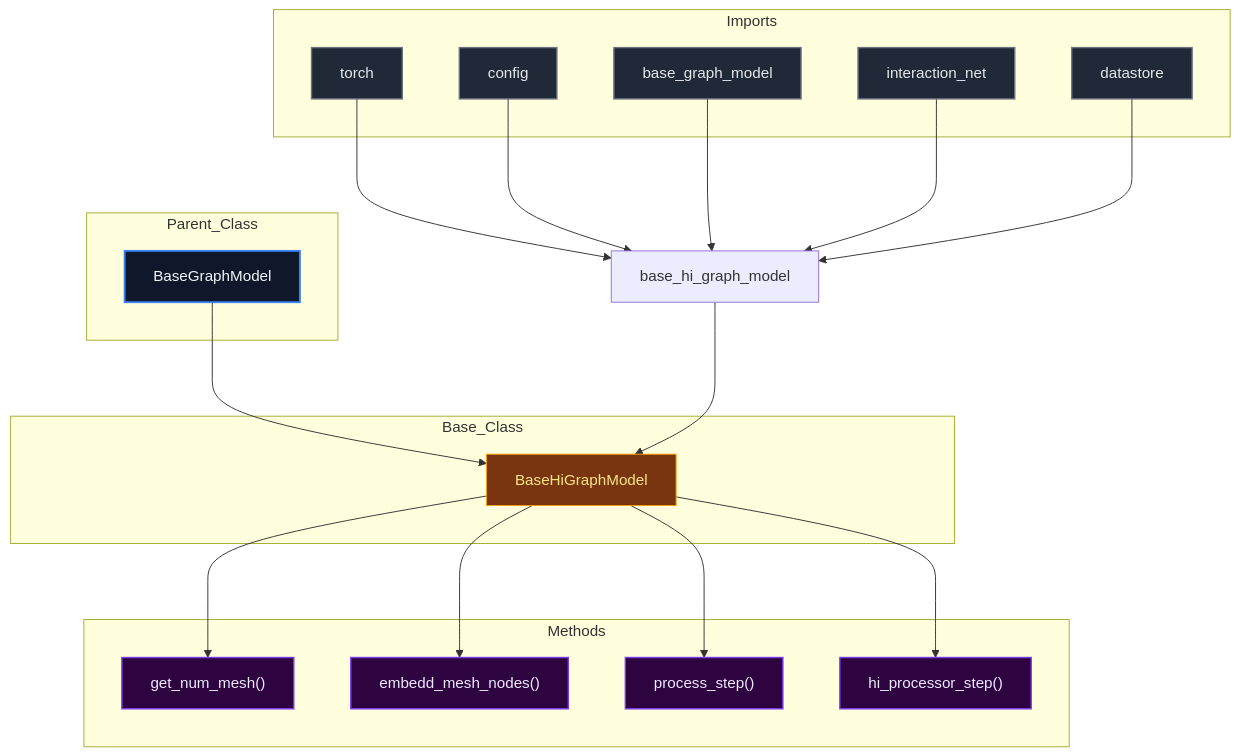
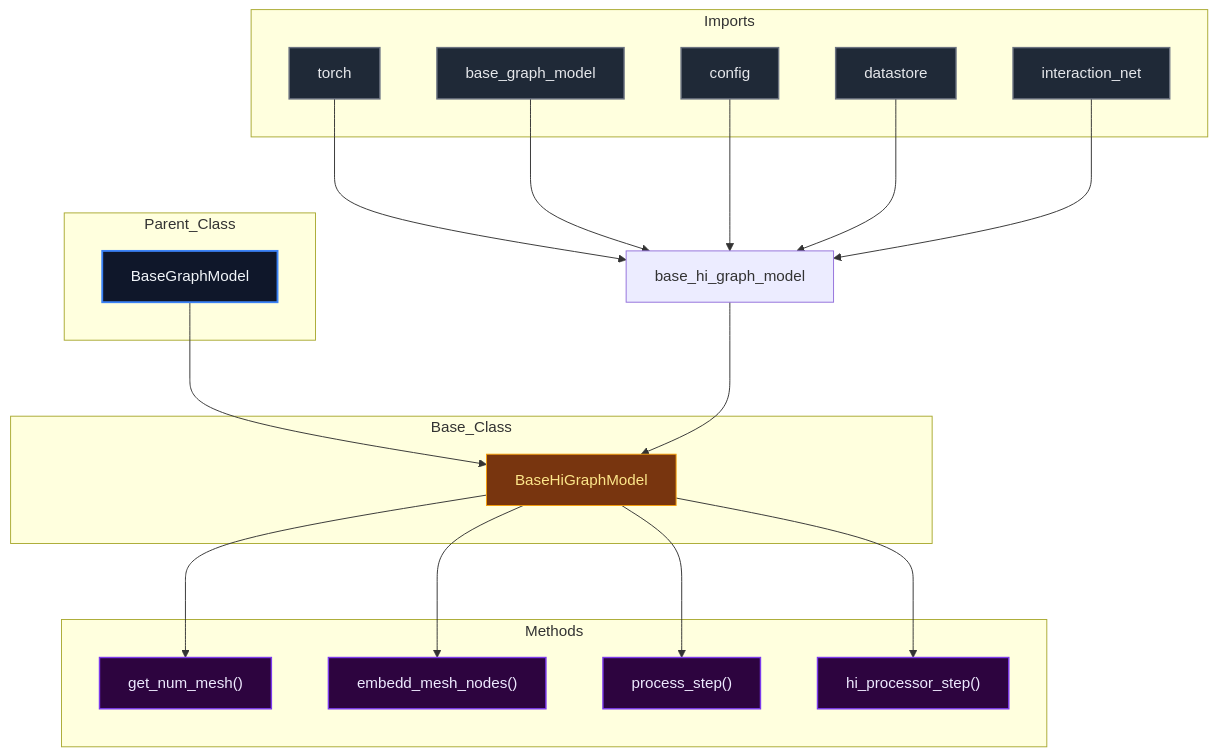
Before and after one commit to mllam/neural-lam: the diagram in docs/diagrams/base_hi_graph_model_diagram.md, drawn with Mermaid. The commit also changed 18 other files, not shown here.

Commit message:
Auto-update Mermaid diagrams

````diff
--- a/docs/diagrams/base_hi_graph_model_diagram.md
+++ b/docs/diagrams/base_hi_graph_model_diagram.md
@@ -1,54 +1,54 @@
 ```mermaid
 %%{init: {'flowchart': {'nodeSpacing': 60, 'rankSpacing': 80}}}%%
 flowchart TD
 
 module["base_hi_graph_model"]
 
 subgraph Parent_Class
     BaseGraphModel["BaseGraphModel"]
 end
 
 subgraph Base_Class
     BaseHiGraphModel["BaseHiGraphModel"]
 end
 
     BaseGraphModel --> BaseHiGraphModel
 
 subgraph Imports
     torch["torch"]
+    base_graph_model["base_graph_model"]
     config["config"]
-    base_graph_model["base_graph_model"]
+    datastore["datastore"]
     interaction_net["interaction_net"]
-    datastore["datastore"]
 end
 
     torch --> module
+    base_graph_model --> module
     config --> module
-    base_graph_model --> module
+    datastore --> module
     interaction_net --> module
-    datastore --> module
     module --> BaseHiGraphModel
 
 subgraph Methods
     BaseHiGraphModel_get_num_mesh["get_num_mesh()"]
     BaseHiGraphModel_embedd_mesh_nodes["embedd_mesh_nodes()"]
     BaseHiGraphModel_process_step["process_step()"]
     BaseHiGraphModel_hi_processor_step["hi_processor_step()"]
 end
 
     BaseHiGraphModel --> BaseHiGraphModel_get_num_mesh
     BaseHiGraphModel --> BaseHiGraphModel_embedd_mesh_nodes
     BaseHiGraphModel --> BaseHiGraphModel_process_step
     BaseHiGraphModel --> BaseHiGraphModel_hi_processor_step
 
 classDef parent fill:#0f172a,stroke:#3b82f6,stroke-width:2px,color:#f1f5f9,font-size:16px
 classDef base fill:#78350f,stroke:#f59e0b,stroke-width:1px,color:#fde68a,font-size:16px
 classDef import fill:#1f2937,stroke:#6b7280,stroke-width:1.5px,color:#e5e7eb,font-size:16px
 classDef method fill:#2d043f,stroke:#7c3aed,stroke-width:1.5px,color:#ede9fe,font-size:16px
 classDef callNode fill:#064e3b,stroke:#10b981,stroke-width:1.5px,color:#d1fae5,font-size:16px
 class BaseGraphModel parent
 class BaseHiGraphModel base
-class torch,config,base_graph_model,interaction_net,datastore import
+class torch,base_graph_model,config,datastore,interaction_net import
 class BaseHiGraphModel_get_num_mesh,BaseHiGraphModel_embedd_mesh_nodes,BaseHiGraphModel_process_step,BaseHiGraphModel_hi_processor_step method
 
 ```
````
